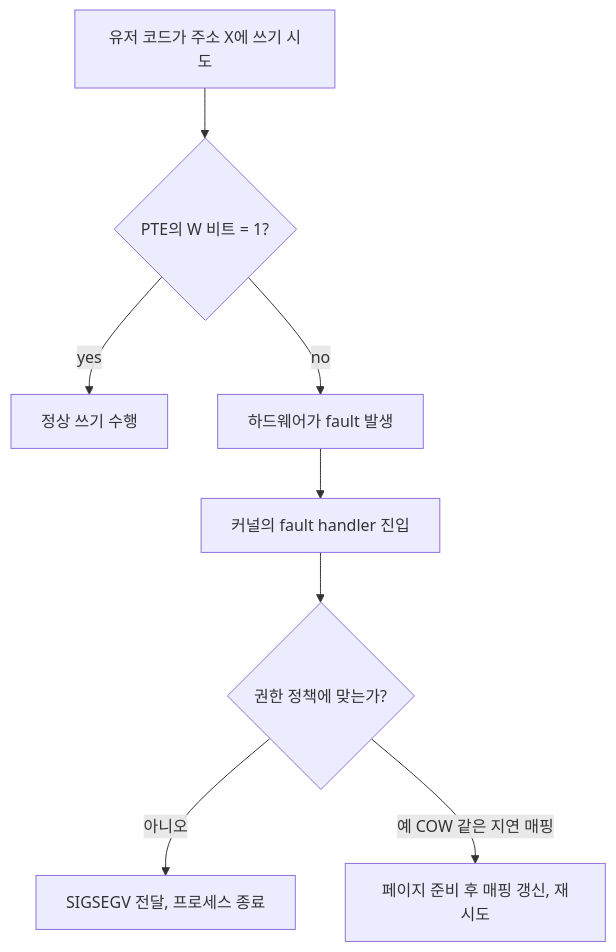
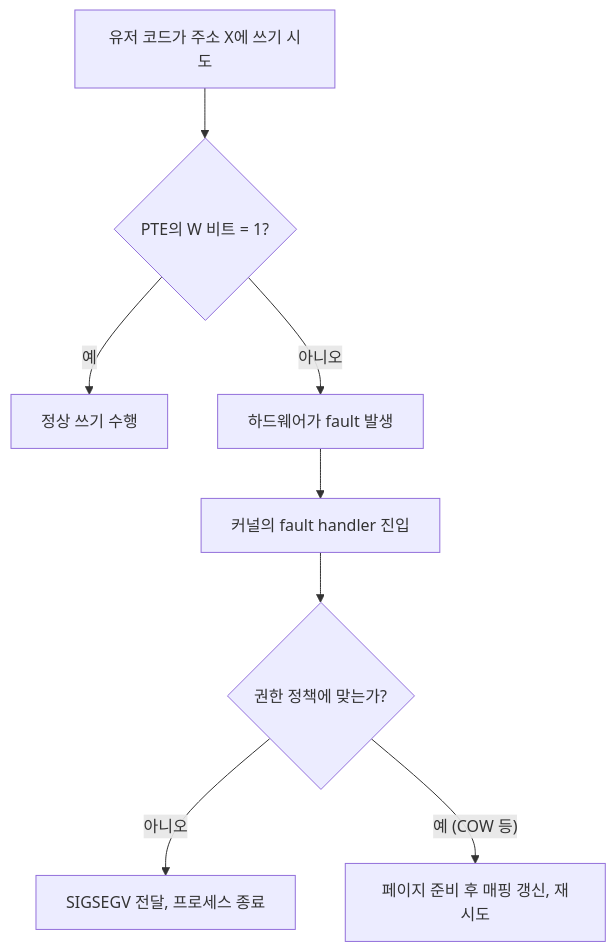
The third of 3 diagrams in docs/blog/concepts/03-virtual-memory-three-problems.md (Jungle-12-303/wk07_6), drawn with Mermaid before and after one commit. The commit also changed other lines of this file and 26 other files, not shown here.

First line of the commit message:
docs: 블로그 소제목·Mermaid·ASCII 박스 가독성 정비

````diff
--- a/docs/blog/concepts/03-virtual-memory-three-problems.md
+++ b/docs/blog/concepts/03-virtual-memory-three-problems.md
@@ -76,10 +72,10 @@
 ```mermaid
 flowchart TD
-    A[유저 코드가 주소 X에 쓰기 시도] --> B{PTE의 W 비트 = 1?}
-    B -- yes --> C[정상 쓰기 수행]
-    B -- no --> D[하드웨어가 fault 발생]
-    D --> E[커널의 fault handler 진입]
-    E --> F{권한 정책에 맞는가?}
-    F -- 아니오 --> G[SIGSEGV 전달, 프로세스 종료]
-    F -- 예 COW 같은 지연 매핑 --> H[페이지 준비 후 매핑 갱신, 재시도]
+    A["유저 코드가 주소 X에 쓰기 시도"] --> B{"PTE의 W 비트 = 1?"}
+    B -- "예" --> C["정상 쓰기 수행"]
+    B -- "아니오" --> D["하드웨어가 fault 발생"]
+    D --> E["커널의 fault handler 진입"]
+    E --> F{"권한 정책에 맞는가?"}
+    F -- "아니오" --> G["SIGSEGV 전달, 프로세스 종료"]
+    F -- "예 (COW 등)" --> H["페이지 준비 후 매핑 갱신, 재시도"]
 ```
````
